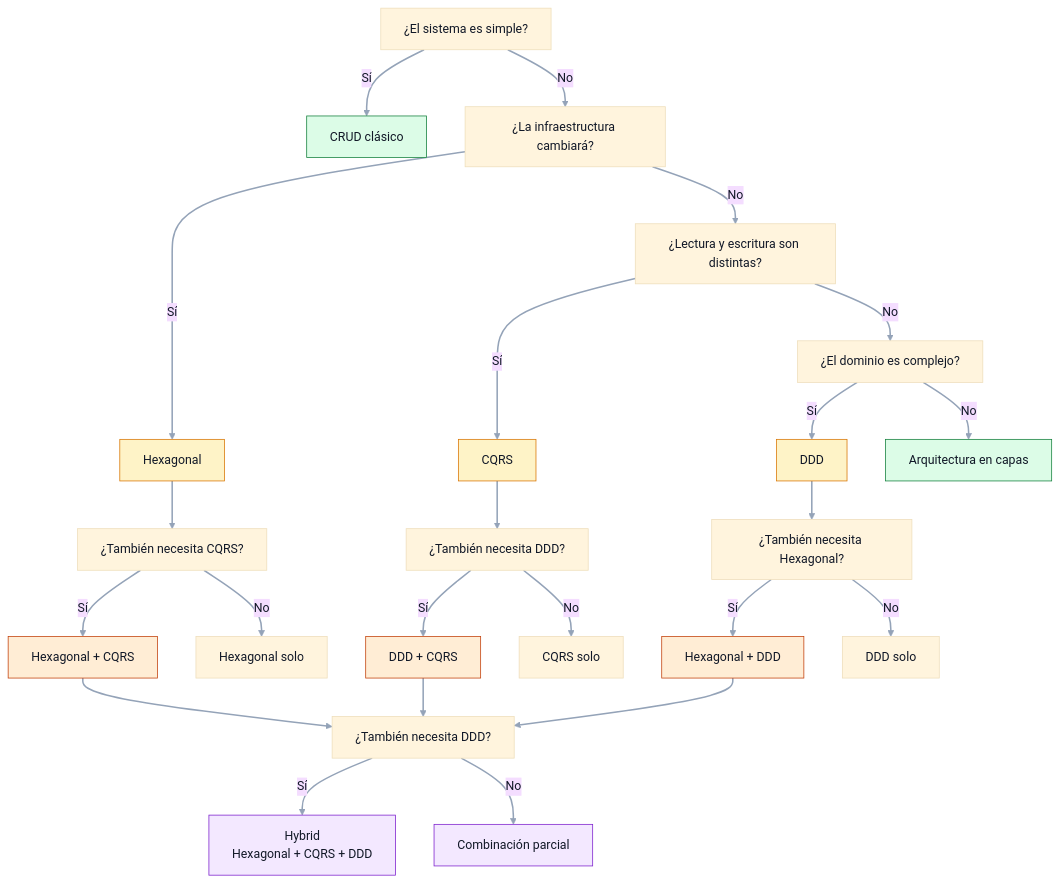
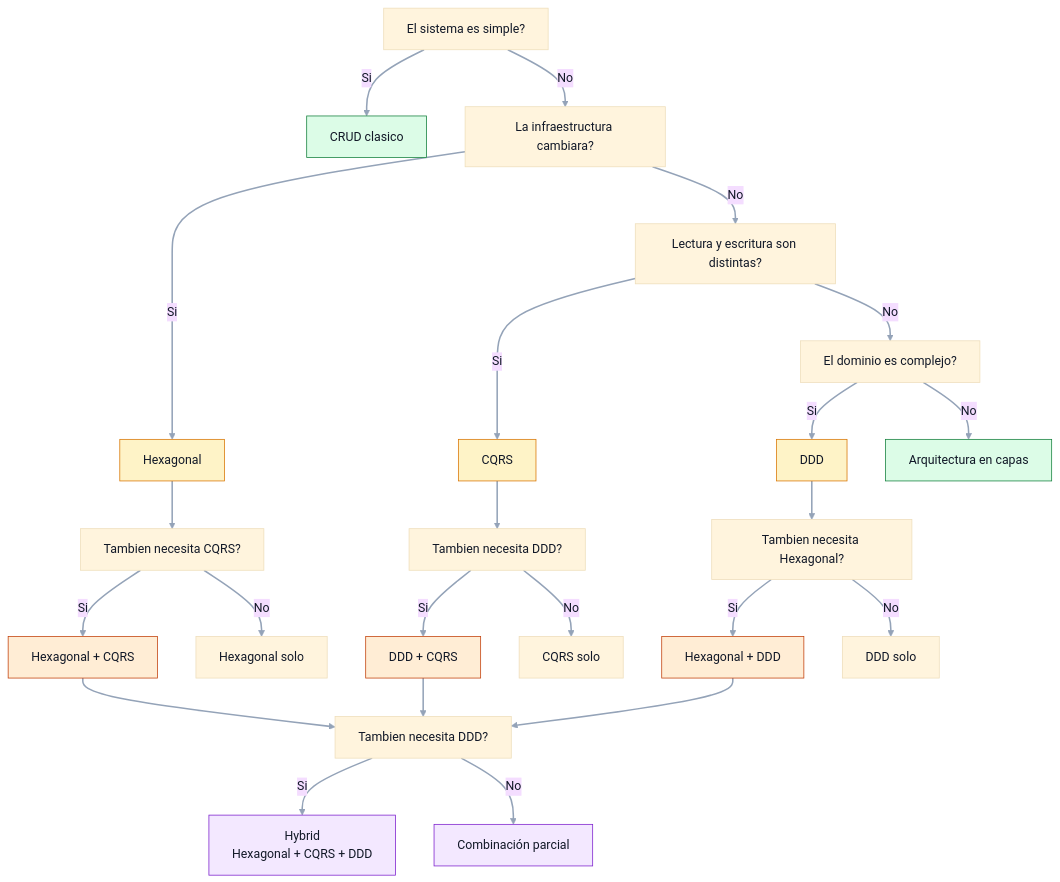
Before and after one commit to VirtualCave/modern-architecture-patterns: the sixth of 7 diagrams in README.md, drawn with Mermaid. The commit also changed other lines of this file and 8 other files, not shown here.

````diff
--- a/README.md
+++ b/README.md
@@ -571,45 +571,45 @@
 ```mermaid
 %%{init: {'theme':'base','themeVariables': {'background':'transparent','primaryTextColor':'#111827','lineColor':'#94A3B8'}}}%%
 flowchart TD
-    A[¿El sistema es simple?] -->|Sí| B[CRUD clásico]
-    A -->|No| C[¿La infraestructura cambiará?]
+    A[El sistema es simple?] -->|Si| B[CRUD clasico]
+    A -->|No| C[La infraestructura cambiara?]
     
-    C -->|Sí| D[Hexagonal]
-    C -->|No| E[¿Lectura y escritura son distintas?]
+    C -->|Si| D[Hexagonal]
+    C -->|No| E[Lectura y escritura son distintas?]
     
-    E -->|Sí| F[CQRS]
-    E -->|No| G[¿El dominio es complejo?]
+    E -->|Si| F[CQRS]
+    E -->|No| G[El dominio es complejo?]
     
-    G -->|Sí| H[DDD]
+    G -->|Si| H[DDD]
     G -->|No| I[Arquitectura en capas]
     
-    D --> J[¿También necesita CQRS?]
-    J -->|Sí| K[Hexagonal + CQRS]
+    D --> J[Tambien necesita CQRS?]
+    J -->|Si| K[Hexagonal + CQRS]
     J -->|No| L[Hexagonal solo]
     
-    F --> M[¿También necesita DDD?]
-    M -->|Sí| N[DDD + CQRS]
+    F --> M[Tambien necesita DDD?]
+    M -->|Si| N[DDD + CQRS]
     M -->|No| O[CQRS solo]
     
-    H --> P[¿También necesita Hexagonal?]
-    P -->|Sí| Q[Hexagonal + DDD]
+    H --> P[Tambien necesita Hexagonal?]
+    P -->|Si| Q[Hexagonal + DDD]
     P -->|No| R[DDD solo]
     
-    K --> S[¿También necesita DDD?]
+    K --> S[Tambien necesita DDD?]
     N --> S
     Q --> S
-    S -->|Sí| T[Hybrid<br/>Hexagonal + CQRS + DDD]
+    S -->|Si| T[Hybrid<br/>Hexagonal + CQRS + DDD]
     S -->|No| U[Combinación parcial]
 
     linkStyle default stroke:#94A3B8,stroke-width:2px;
     
     classDef simple fill:#DCFCE7,stroke:#15803D,stroke-width:1px,color:#111827;
     classDef medium fill:#FEF3C7,stroke:#D97706,stroke-width:1px,color:#111827;
     classDef complex fill:#FFEDD5,stroke:#C2410C,stroke-width:1px,color:#111827;
     classDef hybrid fill:#F3E8FF,stroke:#7E22CE,stroke-width:1px,color:#111827;
     
     class B,I simple
     class D,F,H medium
     class K,N,Q complex
     class T,U hybrid
 ```
````
